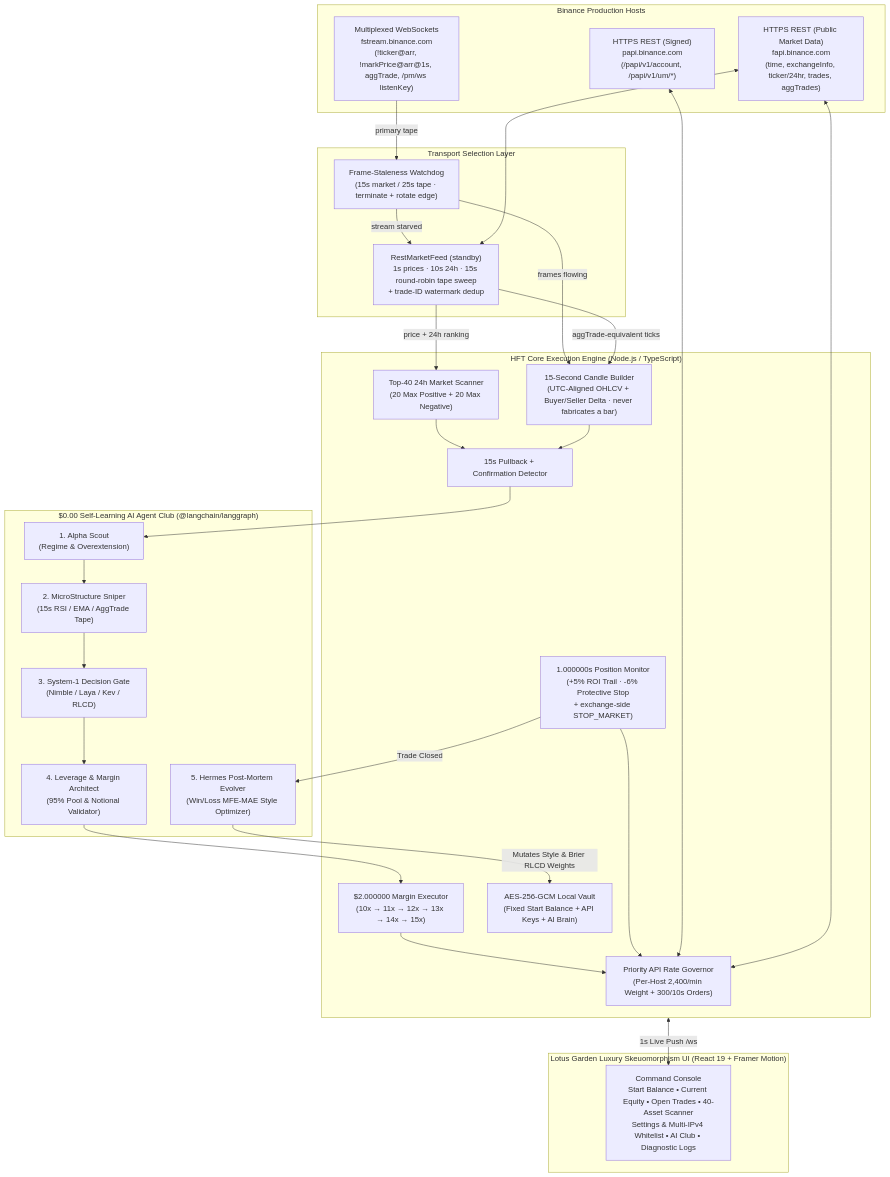
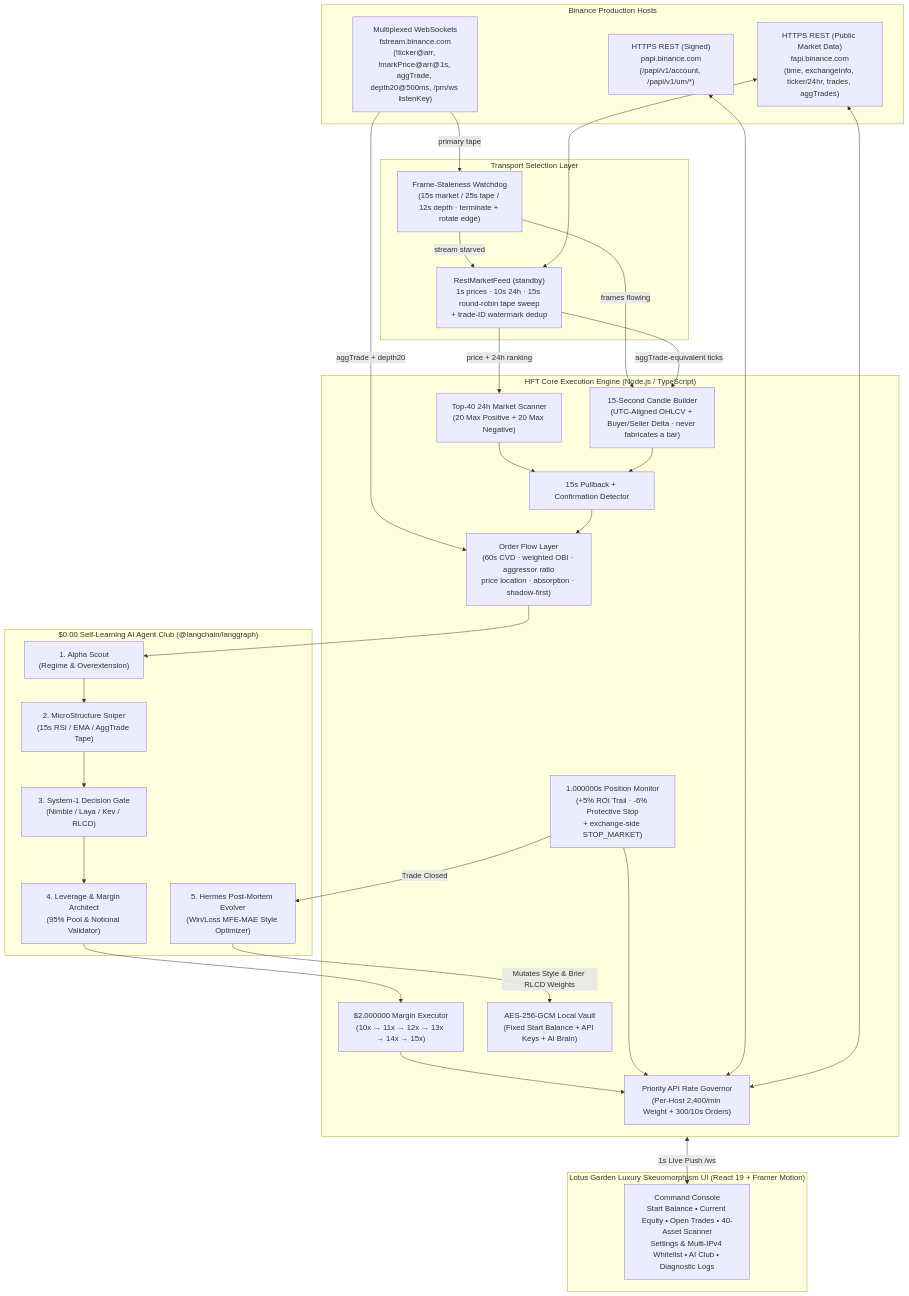
Before and after one commit to badalworld/hft: the diagram in README.md, drawn with Mermaid. The commit also changed other lines of this file and 26 other files, not shown here.

First line of the commit message:
v1.6.0: order-flow gate (OBI/CVD/absorption, shadow-first) + DSEG7 readout + AI Club re-verified

````diff
--- a/README.md
+++ b/README.md
@@ -373,52 +452,54 @@
 ```mermaid
 flowchart TB
     subgraph Binance["Binance Production Hosts"]
         PAPI["HTTPS REST (Signed)\npapi.binance.com\n(/papi/v1/account, /papi/v1/um/*)"]
         FAPI["HTTPS REST (Public Market Data)\nfapi.binance.com\n(time, exchangeInfo, ticker/24hr, trades, aggTrades)"]
-        FSTREAM["Multiplexed WebSockets\nfstream.binance.com\n(!ticker@arr, !markPrice@arr@1s, aggTrade, /pm/ws listenKey)"]
+        FSTREAM["Multiplexed WebSockets\nfstream.binance.com\n(!ticker@arr, !markPrice@arr@1s, aggTrade, depth20@500ms, /pm/ws listenKey)"]
     end
 
     subgraph Feed["Transport Selection Layer"]
-        WD["Frame-Staleness Watchdog\n(15s market / 25s tape · terminate + rotate edge)"]
+        WD["Frame-Staleness Watchdog\n(15s market / 25s tape / 12s depth · terminate + rotate edge)"]
         RMF["RestMarketFeed (standby)\n1s prices · 10s 24h · 15s round-robin tape sweep\n+ trade-ID watermark dedup"]
     end
 
     subgraph Engine["HFT Core Execution Engine (Node.js / TypeScript)"]
         GOV["Priority API Rate Governor\n(Per-Host 2,400/min Weight + 300/10s Orders)"]
         CB15["15-Second Candle Builder\n(UTC-Aligned OHLCV + Buyer/Seller Delta · never fabricates a bar)"]
         SCAN40["Top-40 24h Market Scanner\n(20 Max Positive + 20 Max Negative)"]
         STRAT["15s Pullback + Confirmation Detector"]
+        FLOW["Order Flow Layer\n(60s CVD · weighted OBI · aggressor ratio\nprice location · absorption · shadow-first)"]
         LADDER["$2.000000 Margin Executor\n(10x → 11x → 12x → 13x → 14x → 15x)"]
         MON1S["1.000000s Position Monitor\n(+5% ROI Trail · -6% Protective Stop\n+ exchange-side STOP_MARKET)"]
         VAULT["AES-256-GCM Local Vault\n(Fixed Start Balance + API Keys + AI Brain)"]
     end
 
     subgraph AIClub["$0.00 Self-Learning AI Agent Club (@langchain/langgraph)"]
         AG1["1. Alpha Scout\n(Regime & Overextension)"]
         AG2["2. MicroStructure Sniper\n(15s RSI / EMA / AggTrade Tape)"]
         AG3["3. System-1 Decision Gate\n(Nimble / Laya / Kev / RLCD)"]
         AG4["4. Leverage & Margin Architect\n(95% Pool & Notional Validator)"]
         AG5["5. Hermes Post-Mortem Evolver\n(Win/Loss MFE-MAE Style Optimizer)"]
     end
 
     subgraph Dashboard["Lotus Garden Luxury Skeuomorphism UI (React 19 + Framer Motion)"]
         UI["Command Console\nStart Balance • Current Equity • Open Trades • 40-Asset Scanner\nSettings & Multi-IPv4 Whitelist • AI Club • Diagnostic Logs"]
     end
 
     FSTREAM -->|primary tape| WD
     WD -->|stream starved| RMF
     WD -->|frames flowing| CB15
     RMF -->|aggTrade-equivalent ticks| CB15
     RMF -->|price + 24h ranking| SCAN40
     FAPI <--> RMF
     SCAN40 --> STRAT
     CB15 --> STRAT
-    STRAT --> AG1 --> AG2 --> AG3 --> AG4 --> LADDER
+    FSTREAM -->|aggTrade + depth20| FLOW
+    STRAT --> FLOW --> AG1 --> AG2 --> AG3 --> AG4 --> LADDER
     LADDER --> GOV
     MON1S --> GOV
     MON1S -->|Trade Closed| AG5
     AG5 -->|Mutates Style & Brier RLCD Weights| VAULT
     PAPI <--> GOV
     FAPI <--> GOV
     Engine <-->|1s Live Push /ws| UI
 ```
````
